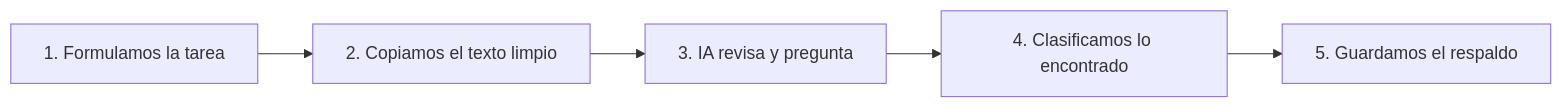
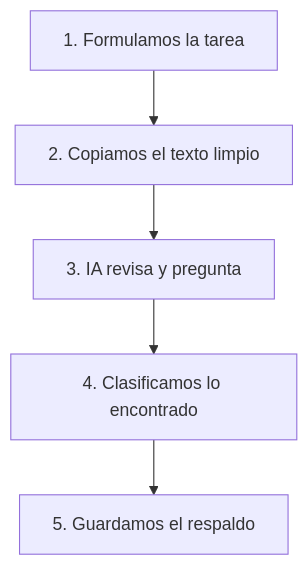
One commit to gamejiaminenergia/observatorio_regulatorio_test_ia_local changed the diagram in README.md. Above: the diagram before and after it, drawn with Mermaid.

Commit message:
firts_commits

````diff
--- a/README.md
+++ b/README.md
@@ -38,7 +38,7 @@
 ```mermaid
-graph LR
+graph TD
   A[1. Formulamos la tarea] --> B[2. Copiamos el texto limpio]
   B --> C[3. IA revisa y pregunta]
   C --> D[4. Clasificamos lo encontrado]
   D --> E[5. Guardamos el respaldo]
 ```
````
